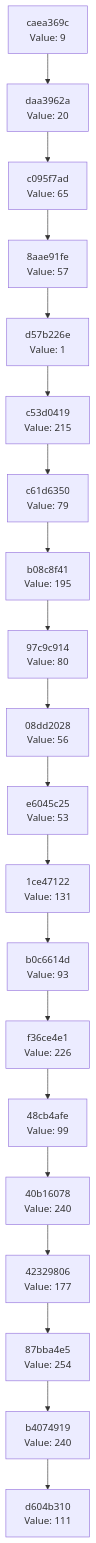
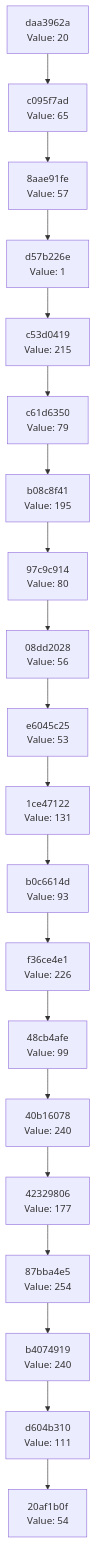
One commit to Abhisheksinha1506/hash-chain-evolver changed the diagram in docs/CHAIN_VISUALIZATION.md. Above: the diagram before and after it, drawn with Mermaid. The commit also changed 3 other files, not shown here.

````diff
--- a/docs/CHAIN_VISUALIZATION.md
+++ b/docs/CHAIN_VISUALIZATION.md
@@ -3,42 +3,42 @@
 ```mermaid
 graph TD
-    C0["d604b310<br/>Value: 111"]
-    C1["b4074919<br/>Value: 240"]
+    C0["20af1b0f<br/>Value: 54"]
+    C1["d604b310<br/>Value: 111"]
     C1 --> C0
-    C2["87bba4e5<br/>Value: 254"]
+    C2["b4074919<br/>Value: 240"]
     C2 --> C1
-    C3["42329806<br/>Value: 177"]
+    C3["87bba4e5<br/>Value: 254"]
     C3 --> C2
-    C4["40b16078<br/>Value: 240"]
+    C4["42329806<br/>Value: 177"]
     C4 --> C3
-    C5["48cb4afe<br/>Value: 99"]
+    C5["40b16078<br/>Value: 240"]
     C5 --> C4
-    C6["f36ce4e1<br/>Value: 226"]
+    C6["48cb4afe<br/>Value: 99"]
     C6 --> C5
-    C7["b0c6614d<br/>Value: 93"]
+    C7["f36ce4e1<br/>Value: 226"]
     C7 --> C6
-    C8["1ce47122<br/>Value: 131"]
+    C8["b0c6614d<br/>Value: 93"]
     C8 --> C7
-    C9["e6045c25<br/>Value: 53"]
+    C9["1ce47122<br/>Value: 131"]
     C9 --> C8
-    C10["08dd2028<br/>Value: 56"]
+    C10["e6045c25<br/>Value: 53"]
     C10 --> C9
-    C11["97c9c914<br/>Value: 80"]
+    C11["08dd2028<br/>Value: 56"]
     C11 --> C10
-    C12["b08c8f41<br/>Value: 195"]
+    C12["97c9c914<br/>Value: 80"]
     C12 --> C11
-    C13["c61d6350<br/>Value: 79"]
+    C13["b08c8f41<br/>Value: 195"]
     C13 --> C12
-    C14["c53d0419<br/>Value: 215"]
+    C14["c61d6350<br/>Value: 79"]
     C14 --> C13
-    C15["d57b226e<br/>Value: 1"]
+    C15["c53d0419<br/>Value: 215"]
     C15 --> C14
-    C16["8aae91fe<br/>Value: 57"]
+    C16["d57b226e<br/>Value: 1"]
     C16 --> C15
-    C17["c095f7ad<br/>Value: 65"]
+    C17["8aae91fe<br/>Value: 57"]
     C17 --> C16
-    C18["daa3962a<br/>Value: 20"]
+    C18["c095f7ad<br/>Value: 65"]
     C18 --> C17
-    C19["caea369c<br/>Value: 9"]
+    C19["daa3962a<br/>Value: 20"]
     C19 --> C18
 ```
````
